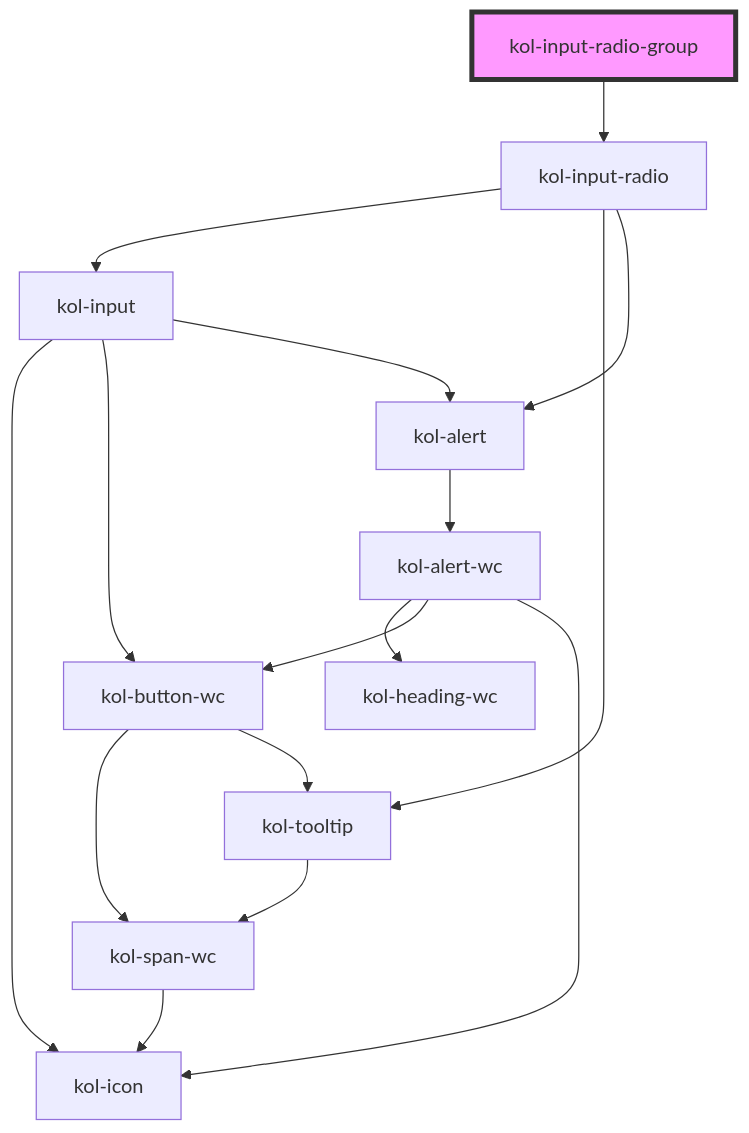
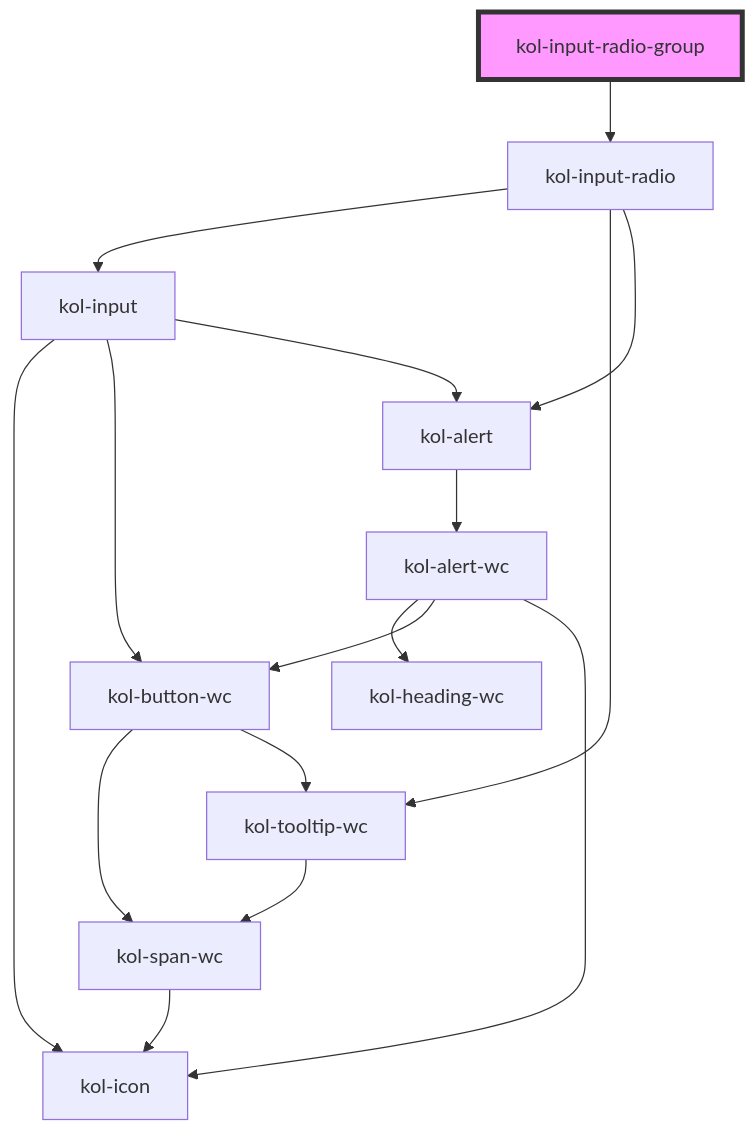
Before and after one commit to public-ui/kolibri: the diagram in packages/components/src/components/input-radio-group/readme.md, drawn with Mermaid. The commit also changed other lines of this file and 99 other files, not shown here.

````diff
--- a/packages/components/src/components/input-radio-group/readme.md
+++ b/packages/components/src/components/input-radio-group/readme.md
@@ -36,19 +36,19 @@
 ```mermaid
 graph TD;
   kol-input-radio-group --> kol-input-radio
   kol-input-radio --> kol-input
-  kol-input-radio --> kol-tooltip
+  kol-input-radio --> kol-tooltip-wc
   kol-input-radio --> kol-alert
   kol-input --> kol-icon
   kol-input --> kol-button-wc
   kol-input --> kol-alert
   kol-button-wc --> kol-span-wc
-  kol-button-wc --> kol-tooltip
+  kol-button-wc --> kol-tooltip-wc
   kol-span-wc --> kol-icon
-  kol-tooltip --> kol-span-wc
+  kol-tooltip-wc --> kol-span-wc
   kol-alert --> kol-alert-wc
   kol-alert-wc --> kol-heading-wc
   kol-alert-wc --> kol-button-wc
   kol-alert-wc --> kol-icon
   style kol-input-radio-group fill:#f9f,stroke:#333,stroke-width:4px
 ```
````
